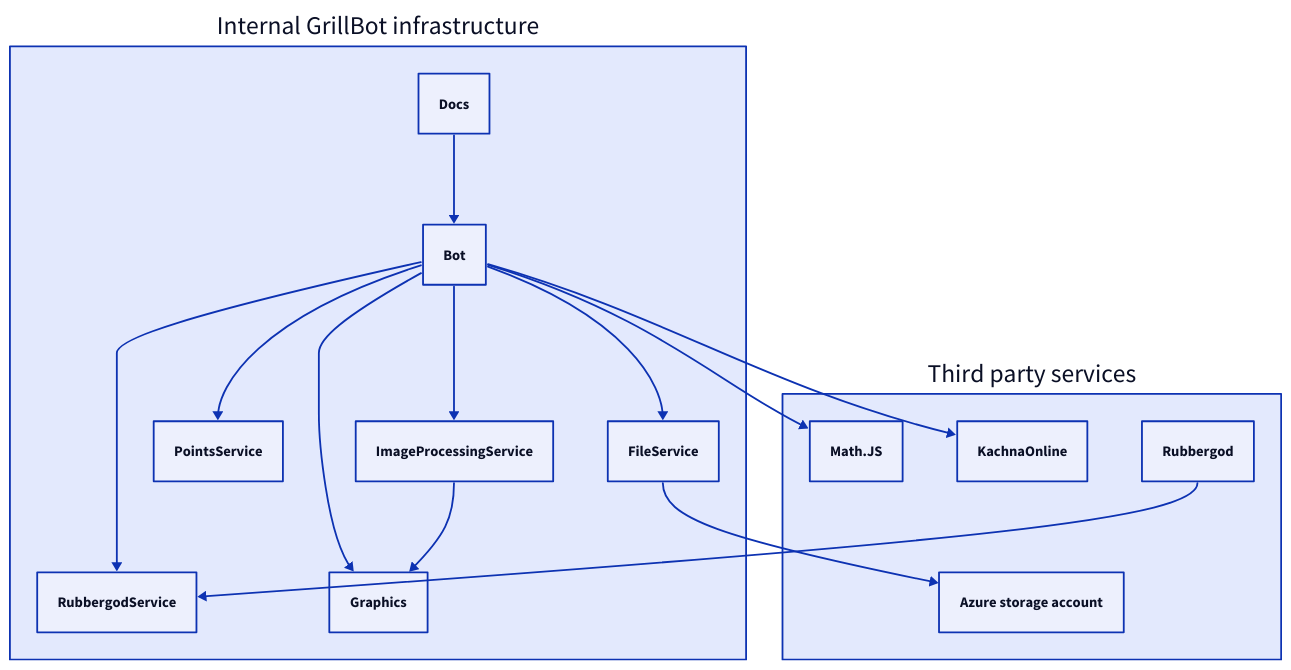
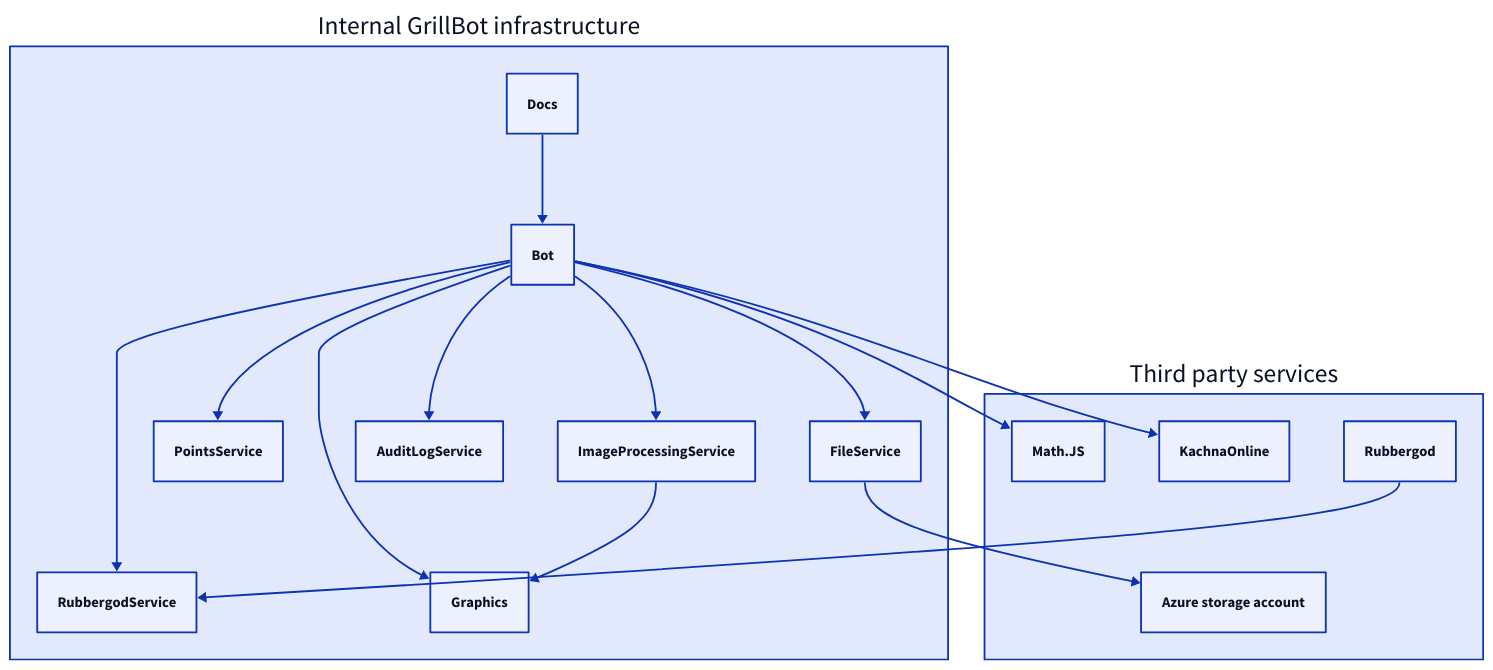
Before and after one commit to GrillBot/grillbot-docs: the diagram in data/communication.d2, drawn with D2. The commit also changed 9 other files, not shown here.

Commit message:
Updated docs and added audit-log info

```diff
--- a/data/communication.d2
+++ b/data/communication.d2
@@ -1,13 +1,17 @@
 Internal GrillBot infrastructure.Bot -> Third party services.Math\.JS
 Internal GrillBot infrastructure.Bot -> Third party services.KachnaOnline
 
 Third party services.Rubbergod -> Internal GrillBot infrastructure.RubbergodService
+
 Internal GrillBot infrastructure.FileService -> Third party services.Azure storage account
 
 Internal GrillBot infrastructure.Docs -> Internal GrillBot infrastructure.Bot
+
 Internal GrillBot infrastructure.Bot -> Internal GrillBot infrastructure.Graphics
 Internal GrillBot infrastructure.Bot -> Internal GrillBot infrastructure.RubbergodService
 Internal GrillBot infrastructure.Bot -> Internal GrillBot infrastructure.PointsService
 Internal GrillBot infrastructure.Bot -> Internal GrillBot infrastructure.FileService
 Internal GrillBot infrastructure.Bot -> Internal GrillBot infrastructure.ImageProcessingService
+Internal GrillBot infrastructure.Bot -> Internal GrillBot infrastructure.AuditLogService
+
 Internal GrillBot infrastructure.ImageProcessingService -> Internal GrillBot infrastructure.Graphics
```
